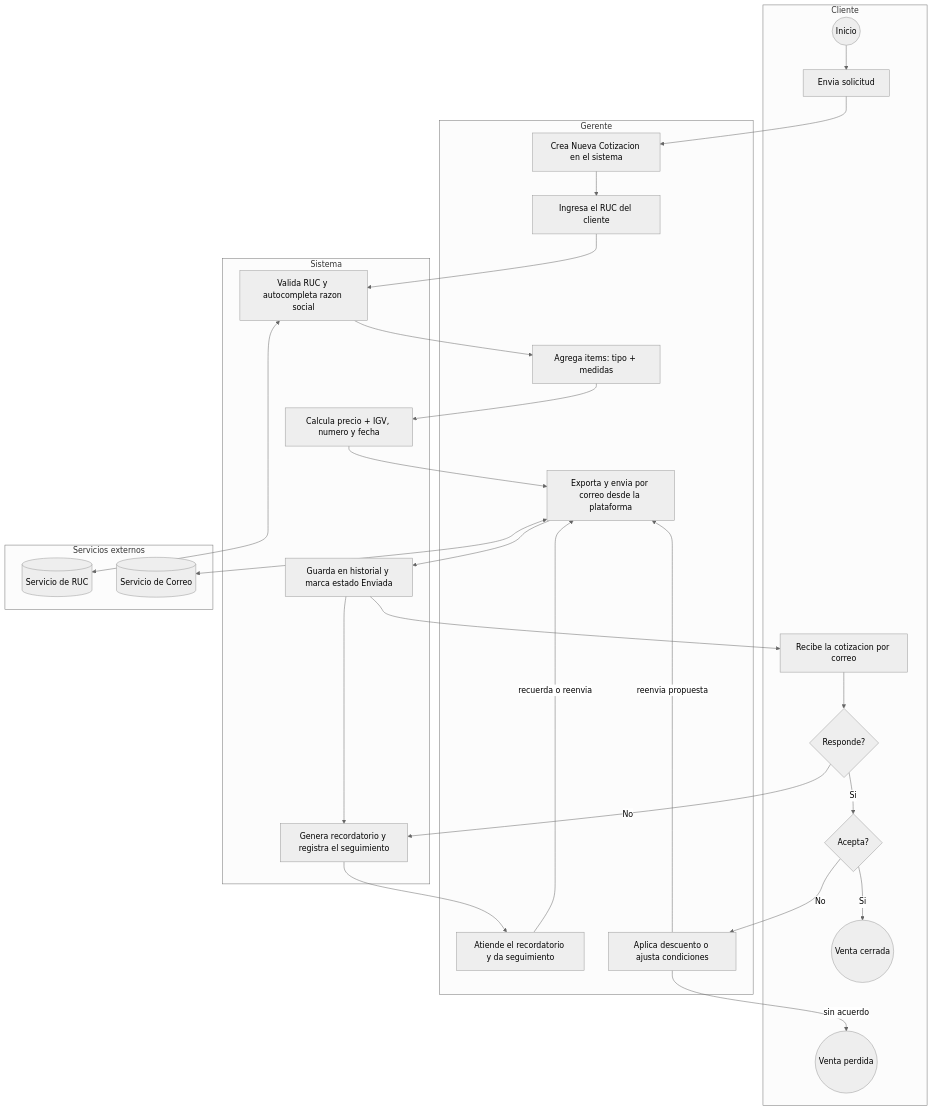
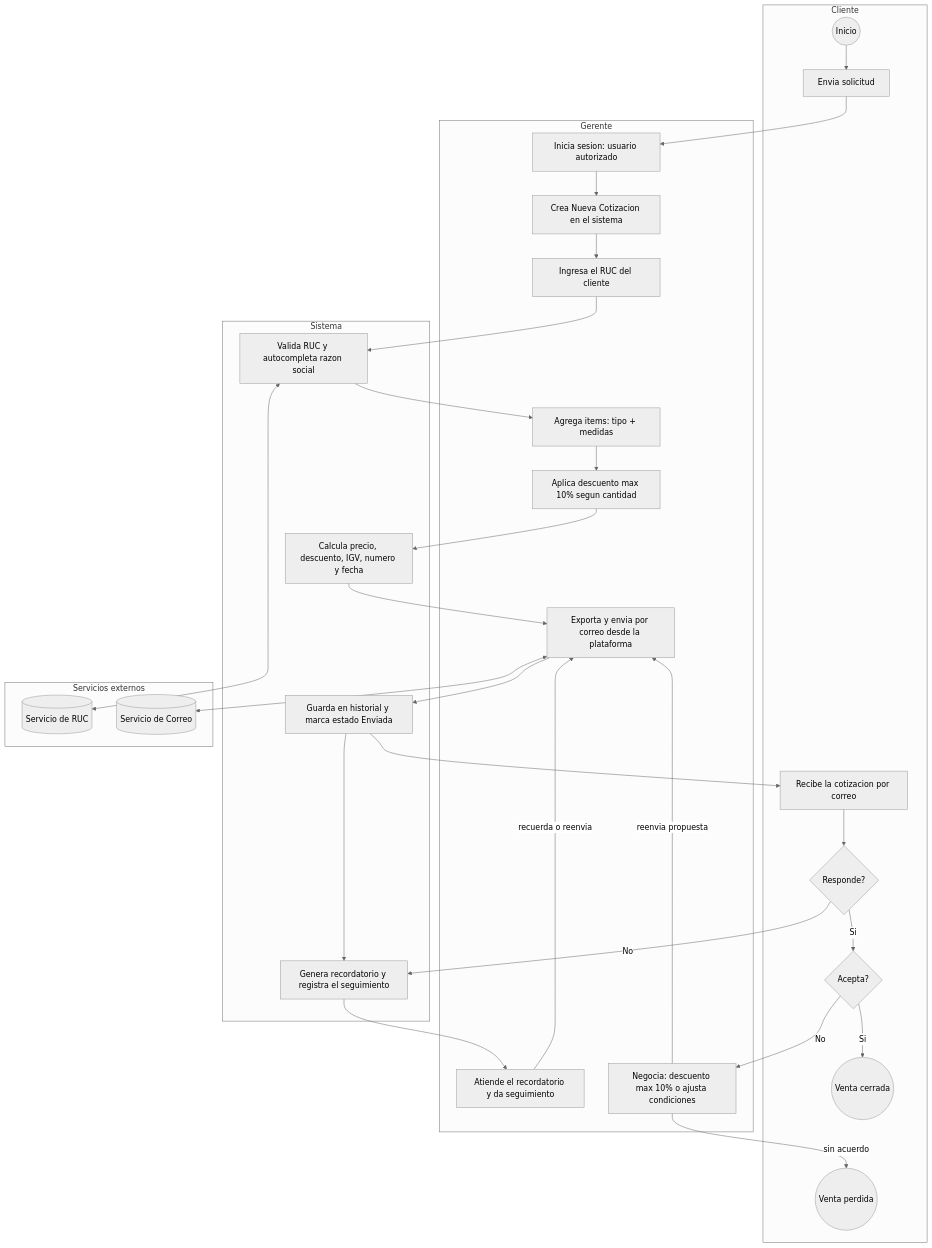
The second of 3 diagrams in Documentacion/01_Desarrollo_Semanal/Semana_01_Introduccion/README.md (steveenmaque/InflesusventasPrototype), drawn with Mermaid (neutral theme) before and after one commit. The commit also changed other lines of this file and 8 other files, not shown here.

````diff
--- a/Documentacion/01_Desarrollo_Semanal/Semana_01_Introduccion/README.md
+++ b/Documentacion/01_Desarrollo_Semanal/Semana_01_Introduccion/README.md
@@ -154,42 +157,44 @@
 ```mermaid
 flowchart TD
     subgraph Cliente
         A((Inicio)) --> B[Envia solicitud]
         P[Recibe la cotizacion por correo]
         Q{Responde?}
         Q2{Acepta?}
         R((Venta cerrada))
         X((Venta perdida))
     end
     subgraph Gerente
+        L0[Inicia sesion: usuario autorizado]
         C[Crea Nueva Cotizacion en el sistema]
         D[Ingresa el RUC del cliente]
         E[Agrega items: tipo + medidas]
+        E2[Aplica descuento max 10% segun cantidad]
         H[Exporta y envia por correo desde la plataforma]
         S[Atiende el recordatorio y da seguimiento]
-        K[Aplica descuento o ajusta condiciones]
+        K[Negocia: descuento max 10% o ajusta condiciones]
     end
     subgraph Sistema
         F[Valida RUC y autocompleta razon social]
-        G[Calcula precio + IGV, numero y fecha]
+        G[Calcula precio, descuento, IGV, numero y fecha]
         J[Guarda en historial y marca estado Enviada]
         T[Genera recordatorio y registra el seguimiento]
     end
     subgraph Servicios_externos[Servicios externos]
         SR[(Servicio de RUC)]
         SC[(Servicio de Correo)]
     end
-    B --> C --> D --> F
+    B --> L0 --> C --> D --> F
     F <--> SR
-    F --> E --> G --> H
+    F --> E --> E2 --> G --> H
     H <--> SC
     H --> J --> P --> Q
     J --> T --> S
     S -- recuerda o reenvia --> H
     Q -- No --> T
     Q -- Si --> Q2
     Q2 -- Si --> R
     Q2 -- No --> K
     K -- reenvia propuesta --> H
     K -- sin acuerdo --> X
 ```
````
